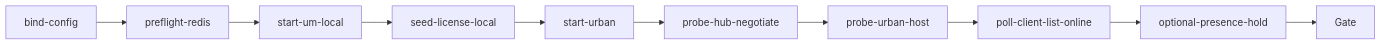
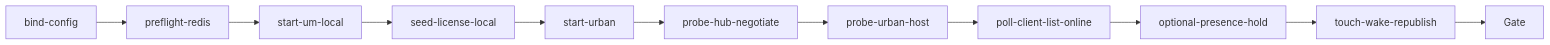
The diagram in pipelines/graphs/urban/urban-signalr-online-probe/pipeline.md (feewillowherb/MaterialMonospec), drawn with Mermaid before and after one commit. The commit also changed other lines of this file and 3 other files, not shown here.

Commit message:
chore(pipelines): add TouchOnline wake step to urban-signalr-online-probe; refresh hikvision docs

````diff
--- a/pipelines/graphs/urban/urban-signalr-online-probe/pipeline.md
+++ b/pipelines/graphs/urban/urban-signalr-online-probe/pipeline.md
@@ -65,14 +66,15 @@
 ```mermaid
 flowchart LR
   BindN[bind-config]
   RedisN[preflight-redis]
   UmN[start-um-local]
   SeedN[seed-license-local]
   UrbanN[start-urban]
   HubN[probe-hub-negotiate]
   HostN[probe-urban-host]
   OnlineN[poll-client-list-online]
   HoldN[optional-presence-hold]
+  WakeN[touch-wake-republish]
   GateN[Gate]
-  BindN --> RedisN --> UmN --> SeedN --> UrbanN --> HubN --> HostN --> OnlineN --> HoldN --> GateN
+  BindN --> RedisN --> UmN --> SeedN --> UrbanN --> HubN --> HostN --> OnlineN --> HoldN --> WakeN --> GateN
 ```
````
